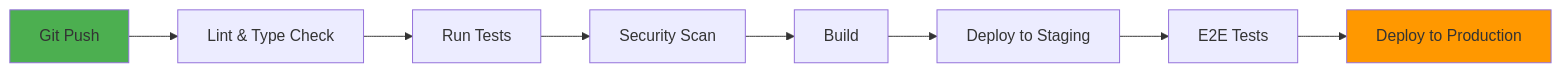
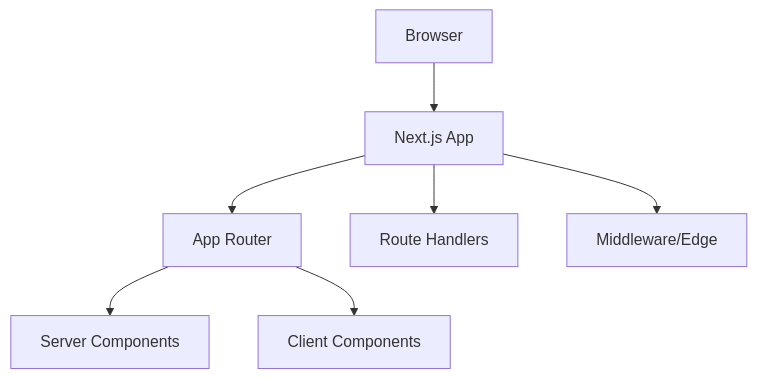
The diagram in ARCHITECTURE.md (sinelanguage/cursor-config-nextjs), drawn with Mermaid before and after one commit. The commit also changed other lines of this file and 40 other files, not shown here.

````diff
--- a/ARCHITECTURE.md
+++ b/ARCHITECTURE.md
@@ -362,13 +11,9 @@
 ```mermaid
-graph LR
-    A[Git Push] --> B[Lint & Type Check]
-    B --> C[Run Tests]
-    C --> D[Security Scan]
-    D --> E[Build]
-    E --> F[Deploy to Staging]
-    F --> G[E2E Tests]
-    G --> H[Deploy to Production]
-    
-    style A fill:#4CAF50
-    style H fill:#FF9800
+graph TB
+    A[Browser] --> B[Next.js App]
+    B --> C[App Router]
+    B --> D[Route Handlers]
+    B --> E[Middleware/Edge]
+    C --> F[Server Components]
+    C --> G[Client Components]
 ```
````
